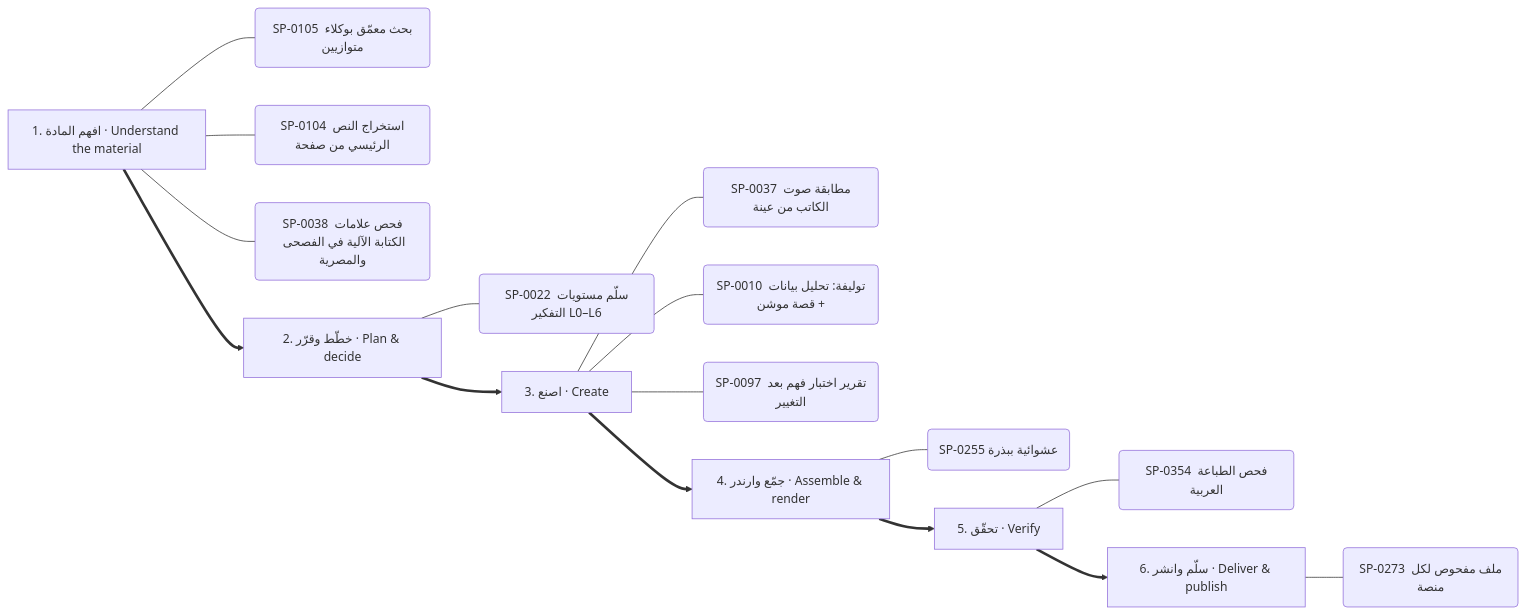
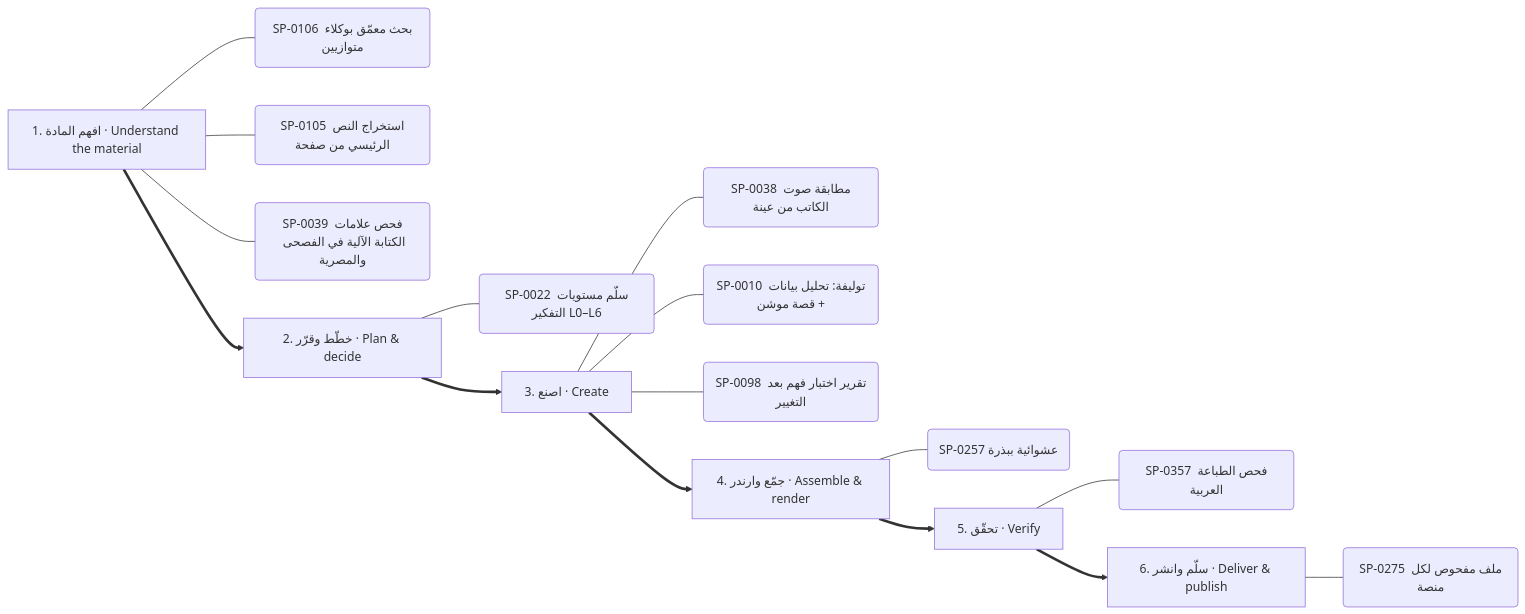
Diagram 13 of 13 in .claude/skills/kosif-superpowers/references/capability-mindmap.md (kosif199022-jpg/kosif-tool), drawn with Mermaid before and after one commit. The commit also changed other lines of this file and 48 other files, not shown here.

````diff
--- a/.claude/skills/kosif-superpowers/references/capability-mindmap.md
+++ b/.claude/skills/kosif-superpowers/references/capability-mindmap.md
@@ -637,24 +637,24 @@
 ```mermaid
 flowchart LR
   S0["1. افهم المادة · Understand the material"]
-  S0 --- S0_0("SP-0105 بحث معمّق بوكلاء متوازيين")
-  S0 --- S0_1("SP-0104 استخراج النص الرئيسي من صفحة")
-  S0 --- S0_2("SP-0038 فحص علامات الكتابة الآلية في الفصحى والمصرية")
+  S0 --- S0_0("SP-0106 بحث معمّق بوكلاء متوازيين")
+  S0 --- S0_1("SP-0105 استخراج النص الرئيسي من صفحة")
+  S0 --- S0_2("SP-0039 فحص علامات الكتابة الآلية في الفصحى والمصرية")
   S1["2. خطّط وقرّر · Plan & decide"]
   S1 --- S1_0("SP-0022 سلّم مستويات التفكير L0–L6")
   S0 ==> S1
   S2["3. اصنع · Create"]
-  S2 --- S2_0("SP-0037 مطابقة صوت الكاتب من عينة")
+  S2 --- S2_0("SP-0038 مطابقة صوت الكاتب من عينة")
   S2 --- S2_1("SP-0010 توليفة: تحليل بيانات + قصة موشن")
-  S2 --- S2_2("SP-0097 تقرير اختبار فهم بعد التغيير")
+  S2 --- S2_2("SP-0098 تقرير اختبار فهم بعد التغيير")
   S1 ==> S2
   S3["4. جمّع وارندر · Assemble & render"]
-  S3 --- S3_0("SP-0255 عشوائية ببذرة")
+  S3 --- S3_0("SP-0257 عشوائية ببذرة")
   S2 ==> S3
   S4["5. تحقّق · Verify"]
-  S4 --- S4_0("SP-0354 فحص الطباعة العربية")
+  S4 --- S4_0("SP-0357 فحص الطباعة العربية")
   S3 ==> S4
   S5["6. سلّم وانشر · Deliver & publish"]
-  S5 --- S5_0("SP-0273 ملف مفحوص لكل منصة")
+  S5 --- S5_0("SP-0275 ملف مفحوص لكل منصة")
   S4 ==> S5
 ```
````
